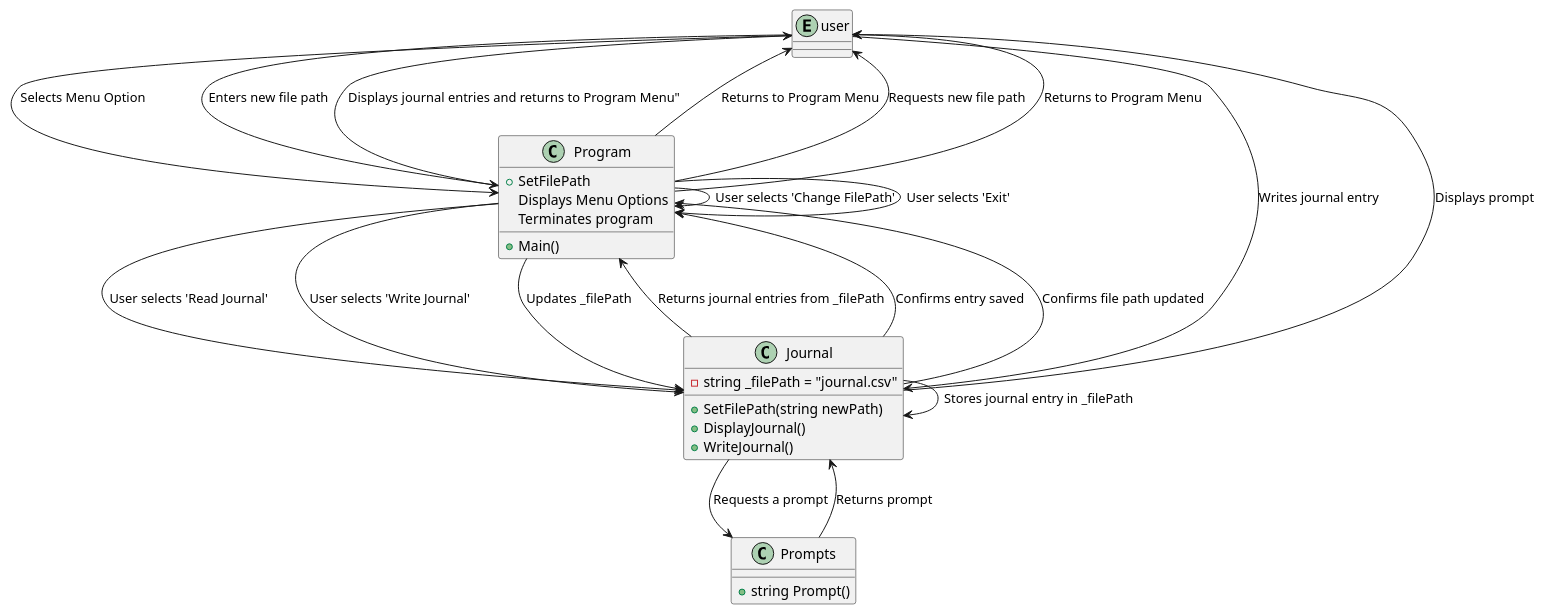
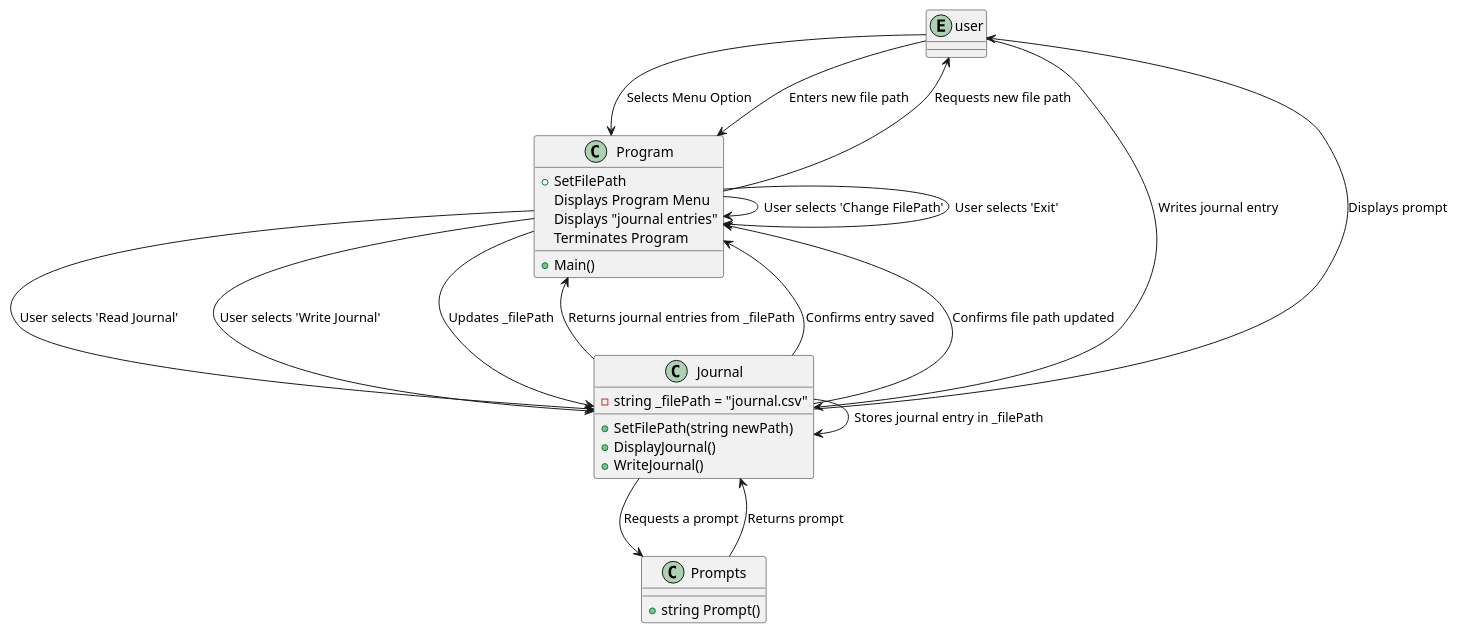
Before and after one commit to hwalkermerrill/cse210-programming-with-classes: the diagram in prove/Develop02/journal.wsd, drawn with PlantUML.

Commit message:
changes for clarity to diagram

```diff
--- a/prove/Develop02/journal.wsd
+++ b/prove/Develop02/journal.wsd
@@ -1,47 +1,46 @@
-@startuml journal
-
+@startuml
 entity "user" as User
 
 class Program {
     +Main()
     +SetFilePath
 }
 
 class Journal {
     -string _filePath = "journal.csv"
     +SetFilePath(string newPath)
     +DisplayJournal()
     +WriteJournal()
 }
 
 class Prompts {
     +string Prompt()
 }
 
-Program : Displays Menu Options
+Program : Displays Program Menu
 User --> Program : "Selects Menu Option"
 
 Program --> Journal : "User selects 'Read Journal'"
 Journal --> Program : "Returns journal entries from _filePath"
-Program --> User: Displays journal entries and returns to Program Menu"
+Program : Displays "journal entries"
+' Program : Returns to Program Menu
 
 Program --> Journal : "User selects 'Write Journal'"
 Journal --> Prompts : "Requests a prompt"
 Prompts --> Journal : "Returns prompt"
 Journal --> User : "Displays prompt"
 User --> Journal : "Writes journal entry"
 Journal --> Journal : "Stores journal entry in _filePath"
 Journal --> Program : "Confirms entry saved"
-Program --> User : "Returns to Program Menu"
+' Program : Returns to Program Menu
 
 Program --> Program : "User selects 'Change FilePath'"
 Program --> User : "Requests new file path"
 User --> Program : "Enters new file path"
 Program --> Journal : "Updates _filePath"
 Journal --> Program : "Confirms file path updated"
-Program --> User : "Returns to Program Menu"
+' Program : Returns to Program Menu
 
 Program --> Program : "User selects 'Exit'"
-Program : Terminates program
-
+Program : Terminates Program
 @enduml
```
